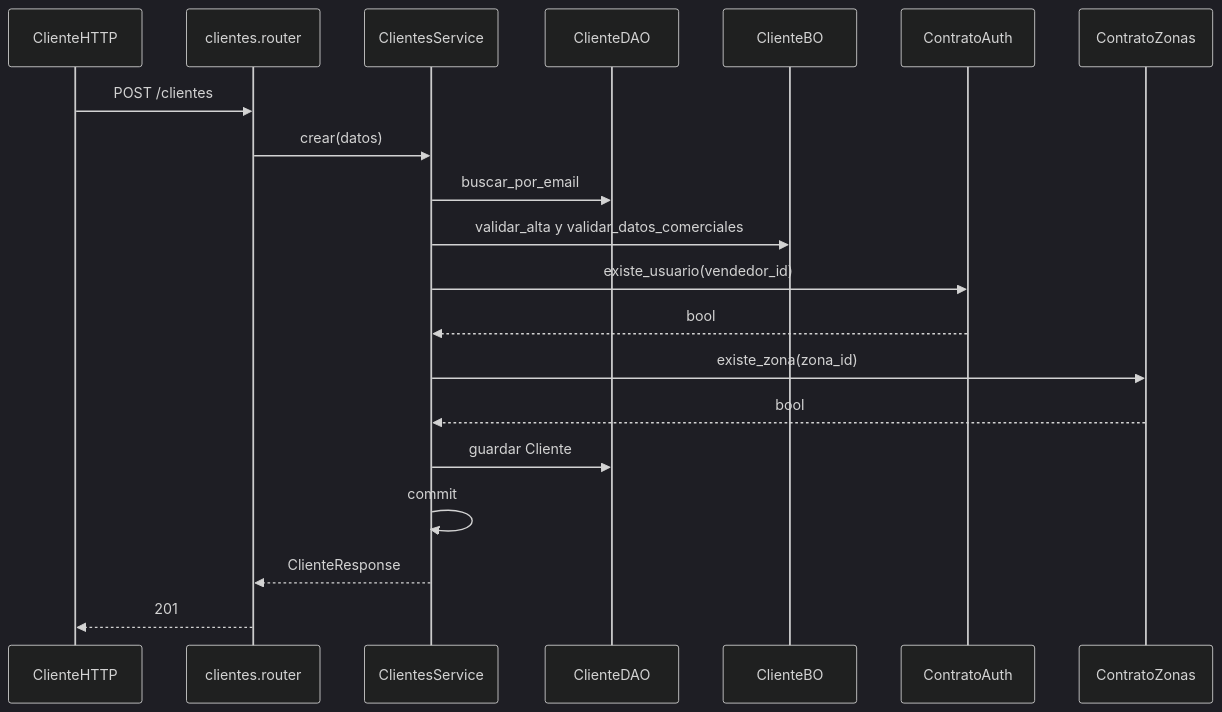
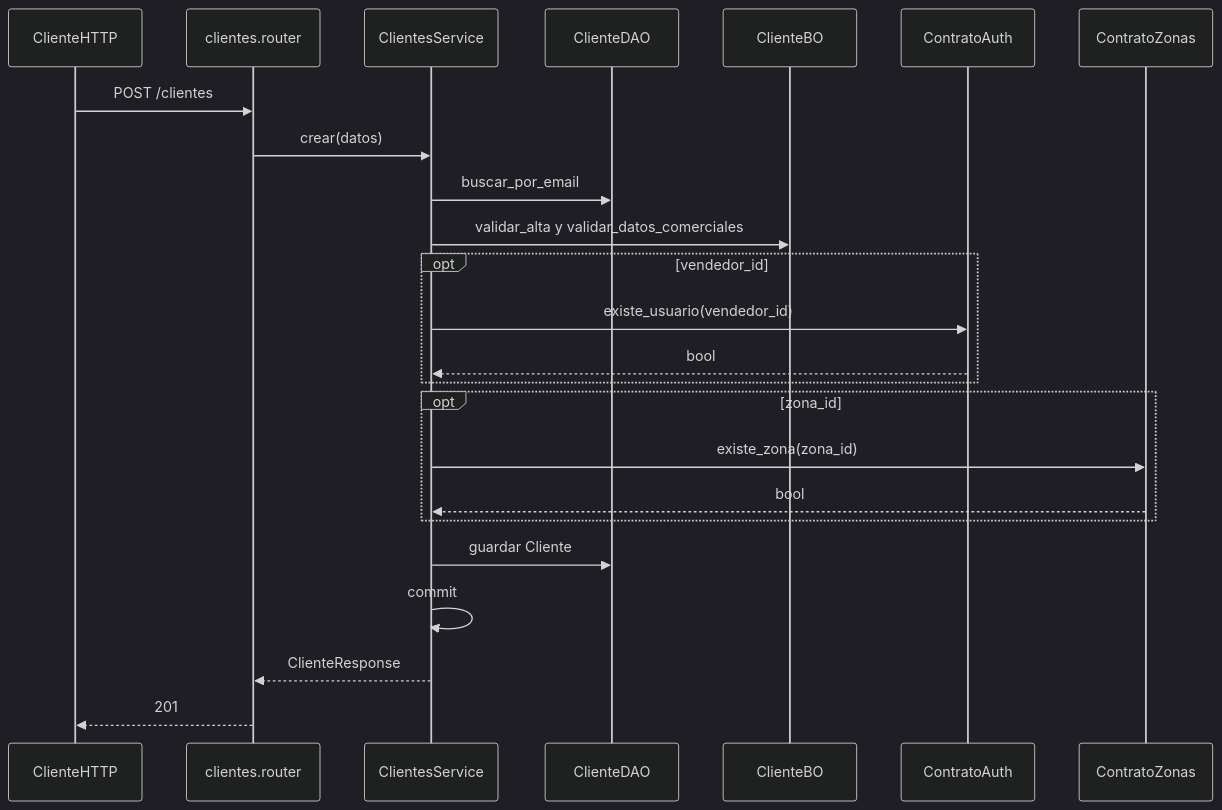
The diagram in docs/diagramas/clientes.md (estsan3/ventas360-api), drawn with Mermaid (dark theme) before and after one commit. The commit also changed other lines of this file and 20 other files, not shown here.

First line of the commit message:
docs: diagramas de secuencia por módulo (sync 2026-09-16)

````diff
--- a/docs/diagramas/clientes.md
+++ b/docs/diagramas/clientes.md
@@ -8,23 +8,27 @@
 ```mermaid
 sequenceDiagram
     participant ClienteHTTP
     participant Router as clientes.router
     participant Service as ClientesService
     participant DAO as ClienteDAO
     participant BO as ClienteBO
     participant Auth as ContratoAuth
     participant Zonas as ContratoZonas
 
     ClienteHTTP->>Router: POST /clientes
     Router->>Service: crear(datos)
     Service->>DAO: buscar_por_email
     Service->>BO: validar_alta y validar_datos_comerciales
-    Service->>Auth: existe_usuario(vendedor_id)
-    Auth-->>Service: bool
-    Service->>Zonas: existe_zona(zona_id)
-    Zonas-->>Service: bool
+    opt vendedor_id
+        Service->>Auth: existe_usuario(vendedor_id)
+        Auth-->>Service: bool
+    end
+    opt zona_id
+        Service->>Zonas: existe_zona(zona_id)
+        Zonas-->>Service: bool
+    end
     Service->>DAO: guardar Cliente
     Service->>Service: commit
     Service-->>Router: ClienteResponse
     Router-->>ClienteHTTP: 201
 ```
````
